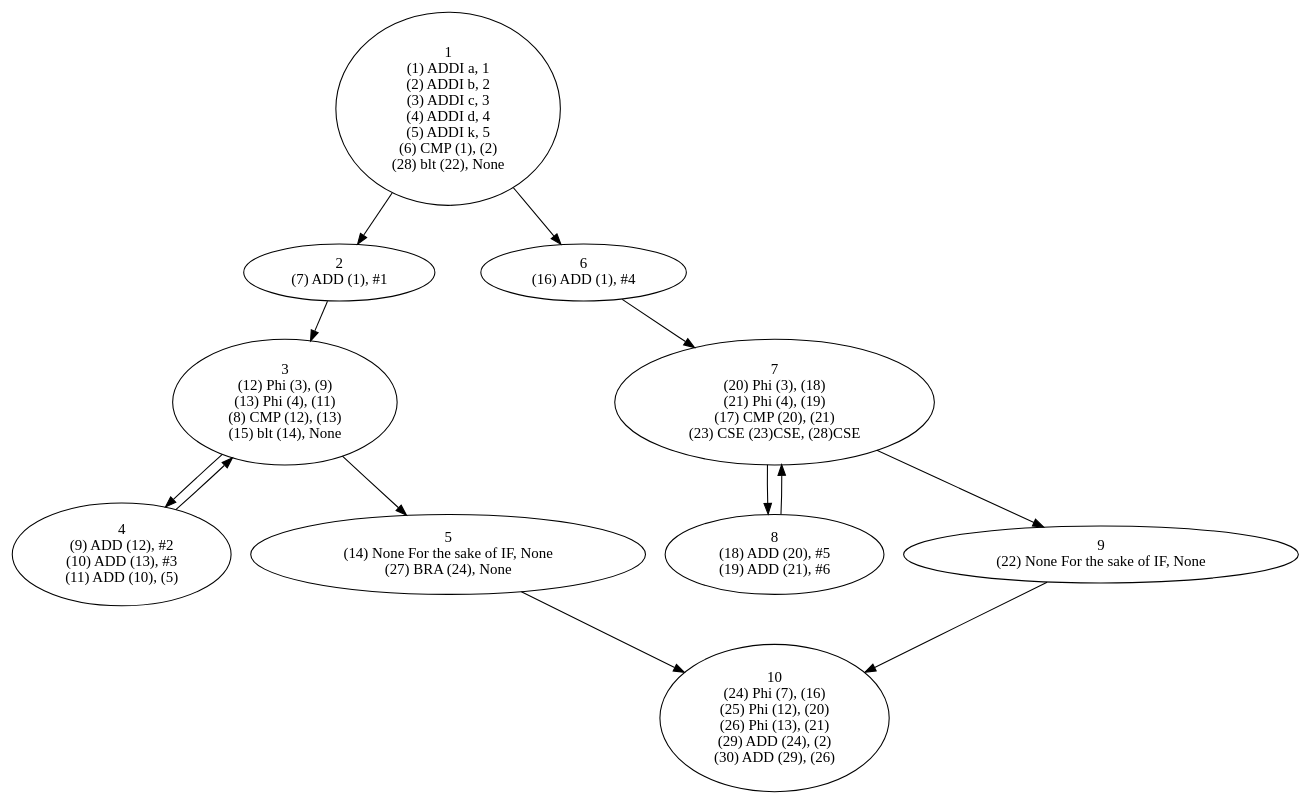
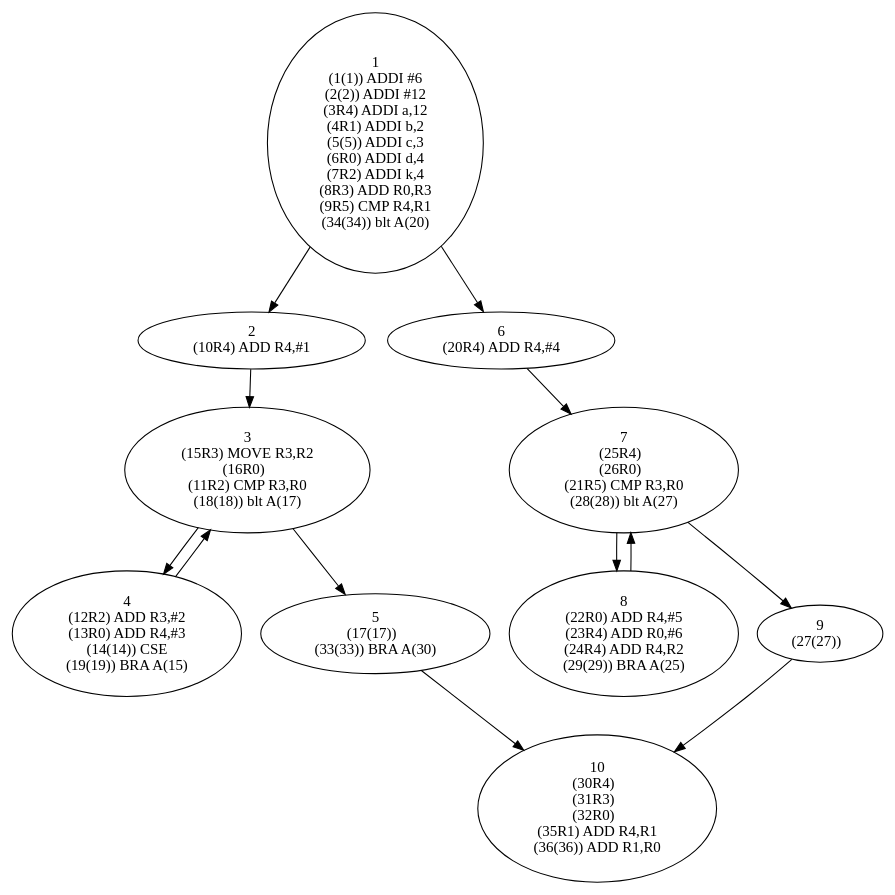
One commit to amatii/compiler changed the diagram in grid1.dot. Above: the diagram before and after it, drawn with Graphviz. The commit also changed 8 other files, not shown here.

Commit message:
fixed the CSE bug. added assigning register to SSA variables and emiting the code. added the MOVE in the case of Phi.

```diff
--- a/grid1.dot
+++ b/grid1.dot
@@ -1,24 +1,24 @@
 strict digraph  {
-1 [label="1\n(1) ADDI a, 1\n(2) ADDI b, 2\n(3) ADDI c, 3\n(4) ADDI d, 4\n(5) ADDI k, 5\n(6) CMP (1), (2)\n(28) blt (22), None"];
-2 [label="2\n(7) ADD (1), #1"];
-3 [label="3\n(12) Phi (3), (9)\n(13) Phi (4), (11)\n(8) CMP (12), (13)\n(15) blt (14), None"];
-4 [label="4\n(9) ADD (12), #2\n(10) ADD (13), #3\n(11) ADD (10), (5)"];
-5 [label="5\n(14) None For the sake of IF, None\n(27) BRA (24), None"];
-6 [label="6\n(16) ADD (1), #4"];
-7 [label="7\n(20) Phi (3), (18)\n(21) Phi (4), (19)\n(17) CMP (20), (21)\n(23) CSE (23)CSE, (28)CSE"];
-8 [label="8\n(18) ADD (20), #5\n(19) ADD (21), #6"];
-9 [label="9\n(22) None For the sake of IF, None"];
-10 [label="10\n(24) Phi (7), (16)\n(25) Phi (12), (20)\n(26) Phi (13), (21)\n(29) ADD (24), (2)\n(30) ADD (29), (26)"];
+1 [label="1\n(1(1)) ADDI #6\n(2(2)) ADDI #12\n(3R4) ADDI a,12\n(4R1) ADDI b,2\n(5(5)) ADDI c,3\n(6R0) ADDI d,4\n(7R2) ADDI k,4\n(8R3) ADD R0,R3\n(9R5) CMP R4,R1\n(34(34)) blt A(20)"];
+2 [label="2\n(10R4) ADD R4,#1"];
+3 [label="3\n(15R3) MOVE R3,R2\n(16R0)  \n(11R2) CMP R3,R0\n(18(18)) blt A(17)"];
+4 [label="4\n(12R2) ADD R3,#2\n(13R0) ADD R4,#3\n(14(14)) CSE \n(19(19)) BRA A(15)"];
+5 [label="5\n(17(17))  \n(33(33)) BRA A(30)"];
+6 [label="6\n(20R4) ADD R4,#4"];
+7 [label="7\n(25R4)  \n(26R0)  \n(21R5) CMP R3,R0\n(28(28)) blt A(27)"];
+8 [label="8\n(22R0) ADD R4,#5\n(23R4) ADD R0,#6\n(24R4) ADD R4,R2\n(29(29)) BRA A(25)"];
+9 [label="9\n(27(27))  "];
+10 [label="10\n(30R4)  \n(31R3)  \n(32R0)  \n(35R1) ADD R4,R1\n(36(36)) ADD R1,R0"];
 1 -> 2;
 1 -> 6;
 2 -> 3;
 3 -> 4;
 3 -> 5;
 4 -> 3;
 5 -> 10;
 6 -> 7;
 7 -> 8;
 7 -> 9;
 8 -> 7;
 9 -> 10;
 }
```
